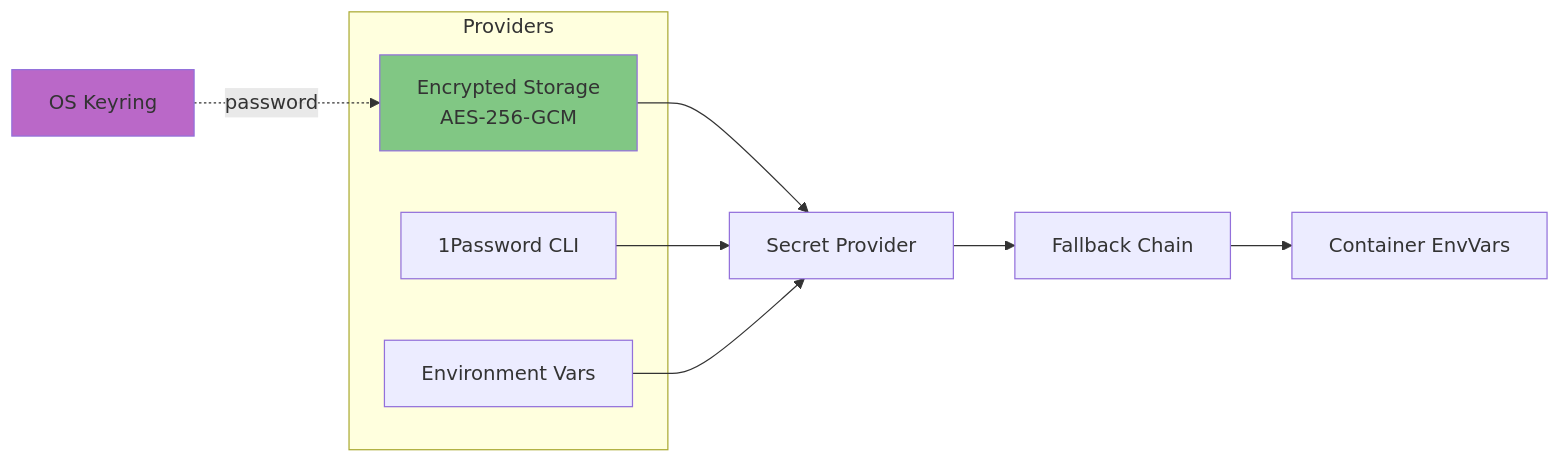
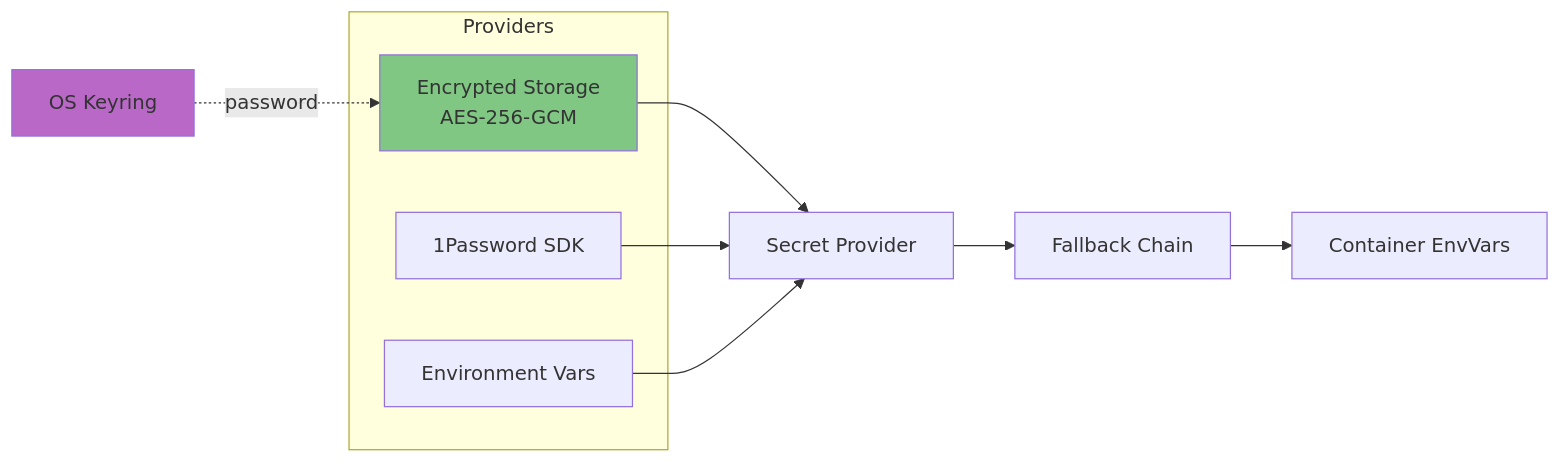
The diagram in docs/arch/04-secrets-management.md (stacklok/toolhive), drawn with Mermaid before and after one commit. The commit also changed other lines of this file and 1 other file, not shown here.

````diff
--- a/docs/arch/04-secrets-management.md
+++ b/docs/arch/04-secrets-management.md
@@ -7,19 +7,19 @@
 ```mermaid
 graph LR
     subgraph "Providers"
         Encrypted[Encrypted Storage<br/>AES-256-GCM]
-        OnePass[1Password CLI]
+        OnePass[1Password SDK]
         Env[Environment Vars]
     end
 
     Provider[Secret Provider] --> Fallback[Fallback Chain]
     Encrypted --> Provider
     OnePass --> Provider
     Env --> Provider
     Fallback --> Container[Container EnvVars]
 
     Keyring[OS Keyring] -.->|password| Encrypted
 
     style Encrypted fill:#81c784
     style Keyring fill:#ba68c8
 ```
````
